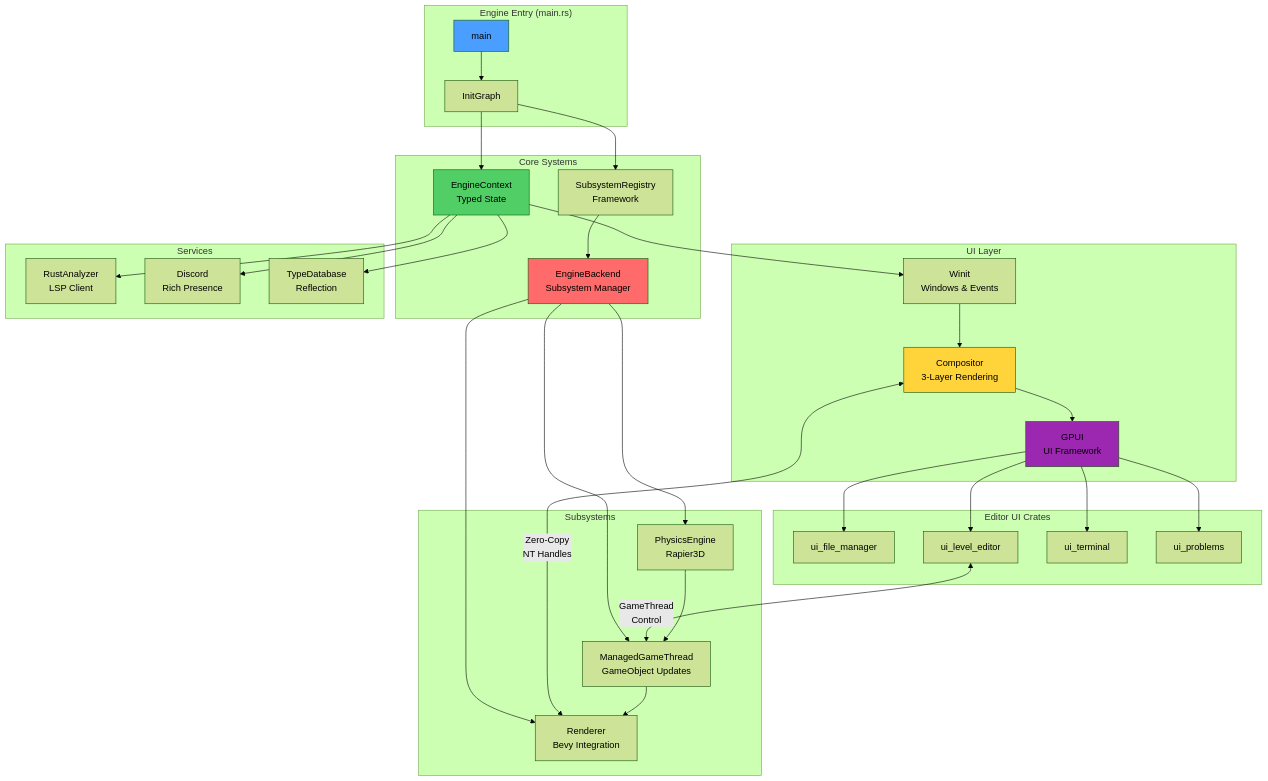
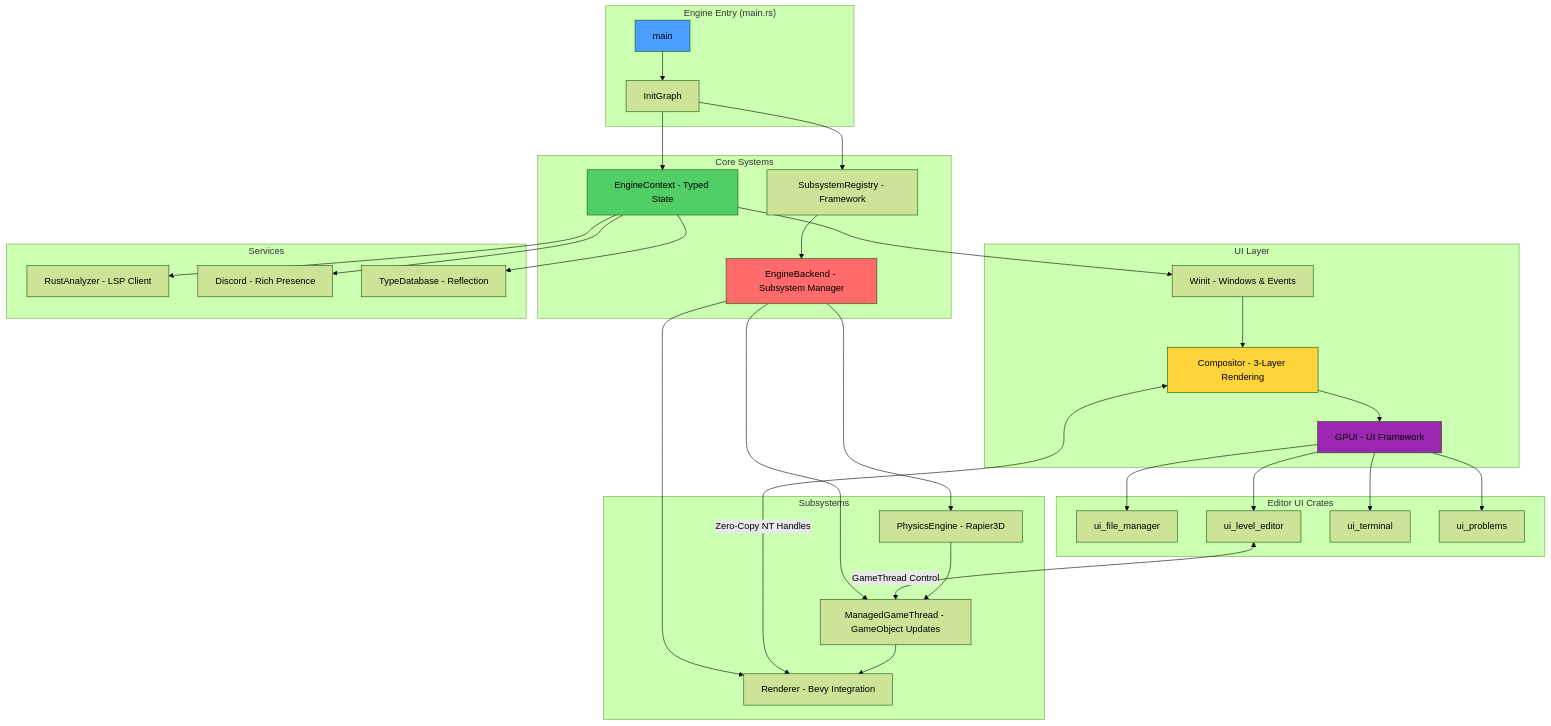
One commit to Far-Beyond-Pulsar/docs changed the fifth of 5 diagrams in public/docs/core-concepts/architecture.md. Above: the diagram before and after it, drawn with Mermaid (forest theme). The commit also changed other lines of this file and 2 other files, not shown here.

First line of the commit message:
Refine architecture diagrams and update generated docs

````diff
--- a/public/docs/core-concepts/architecture.md
+++ b/public/docs/core-concepts/architecture.md
@@ -709,71 +709,71 @@
 ```mermaid
 graph TB
     subgraph "Engine Entry (main.rs)"
         MAIN[main]
         IG[InitGraph]
     end
 
     subgraph "Core Systems"
-        EC[EngineContext<br/>Typed State]
-        SR[SubsystemRegistry<br/>Framework]
-        EB[EngineBackend<br/>Subsystem Manager]
+        EC[EngineContext - Typed State]
+        SR[SubsystemRegistry - Framework]
+        EB[EngineBackend - Subsystem Manager]
     end
 
     subgraph "Subsystems"
-        PHYS[PhysicsEngine<br/>Rapier3D]
-        MGT[ManagedGameThread<br/>GameObject Updates]
-        REND[Renderer<br/>Bevy Integration]
+        PHYS[PhysicsEngine - Rapier3D]
+        MGT[ManagedGameThread - GameObject Updates]
+        REND[Renderer - Bevy Integration]
     end
 
     subgraph "UI Layer"
-        WINIT[Winit<br/>Windows & Events]
-        COMP[Compositor<br/>3-Layer Rendering]
-        GPUI[GPUI<br/>UI Framework]
+        WINIT[Winit - Windows & Events]
+        COMP[Compositor - 3-Layer Rendering]
+        GPUI[GPUI - UI Framework]
     end
 
     subgraph "Editor UI Crates"
         FM[ui_file_manager]
         LE[ui_level_editor]
         TERM[ui_terminal]
         PROB[ui_problems]
     end
 
     subgraph "Services"
-        RA[RustAnalyzer<br/>LSP Client]
-        DRP[Discord<br/>Rich Presence]
-        TDB[TypeDatabase<br/>Reflection]
+        RA[RustAnalyzer - LSP Client]
+        DRP[Discord - Rich Presence]
+        TDB[TypeDatabase - Reflection]
     end
 
     MAIN --> IG
     IG --> EC
     IG --> SR
     SR --> EB
     EB --> PHYS
     EB --> MGT
     EB --> REND
 
     EC --> WINIT
     WINIT --> COMP
     COMP --> GPUI
-    COMP <-->|Zero-Copy<br/>NT Handles| REND
+    COMP <-->|Zero-Copy NT Handles| REND
 
     GPUI --> FM
     GPUI --> LE
     GPUI --> TERM
     GPUI --> PROB
 
-    LE <-->|GameThread<br/>Control| MGT
+    LE <-->|GameThread Control| MGT
 
     EC --> RA
     EC --> DRP
     EC --> TDB
 
     PHYS --> MGT
     MGT --> REND
 
     style MAIN fill:#4a9eff
     style EC fill:#51cf66
     style EB fill:#ff6b6b
     style COMP fill:#ffd43b
     style GPUI fill:#9c27b0
 ```
````
